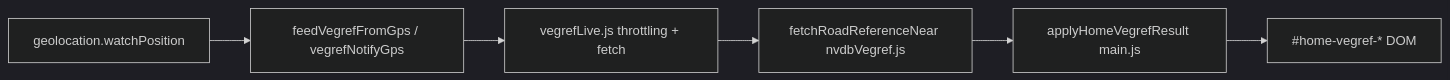
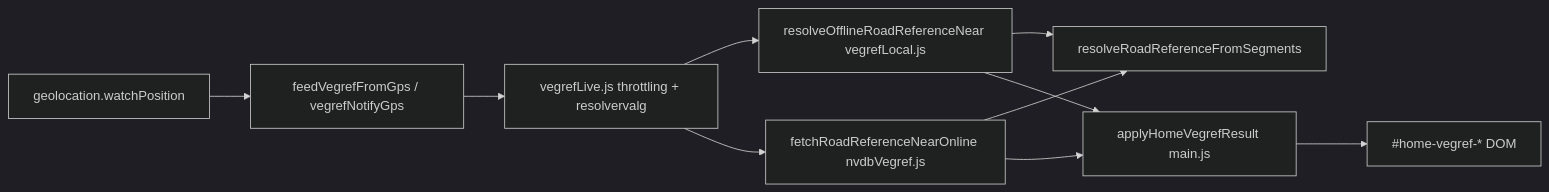
The diagram in docs/vegreferanse-forsiden.md (ben-dik-coder/scan), drawn with Mermaid (dark theme) before and after one commit. The commit also changed other lines of this file and 13 other files, not shown here.

````diff
--- a/docs/vegreferanse-forsiden.md
+++ b/docs/vegreferanse-forsiden.md
@@ -7,8 +7,12 @@
 ```mermaid
 flowchart LR
   GPS[geolocation.watchPosition] --> feed[feedVegrefFromGps / vegrefNotifyGps]
-  feed --> vegrefLive[vegrefLive.js throttling + fetch]
-  vegrefLive --> nvdb[fetchRoadReferenceNear nvdbVegref.js]
+  feed --> vegrefLive[vegrefLive.js throttling + resolvervalg]
+  vegrefLive --> local[resolveOfflineRoadReferenceNear vegrefLocal.js]
+  vegrefLive --> nvdb[fetchRoadReferenceNearOnline nvdbVegref.js]
+  local --> core[resolveRoadReferenceFromSegments]
+  nvdb --> core
   nvdb --> apply[applyHomeVegrefResult main.js]
+  local --> apply
   apply --> dom[#home-vegref-* DOM]
 ```
````
